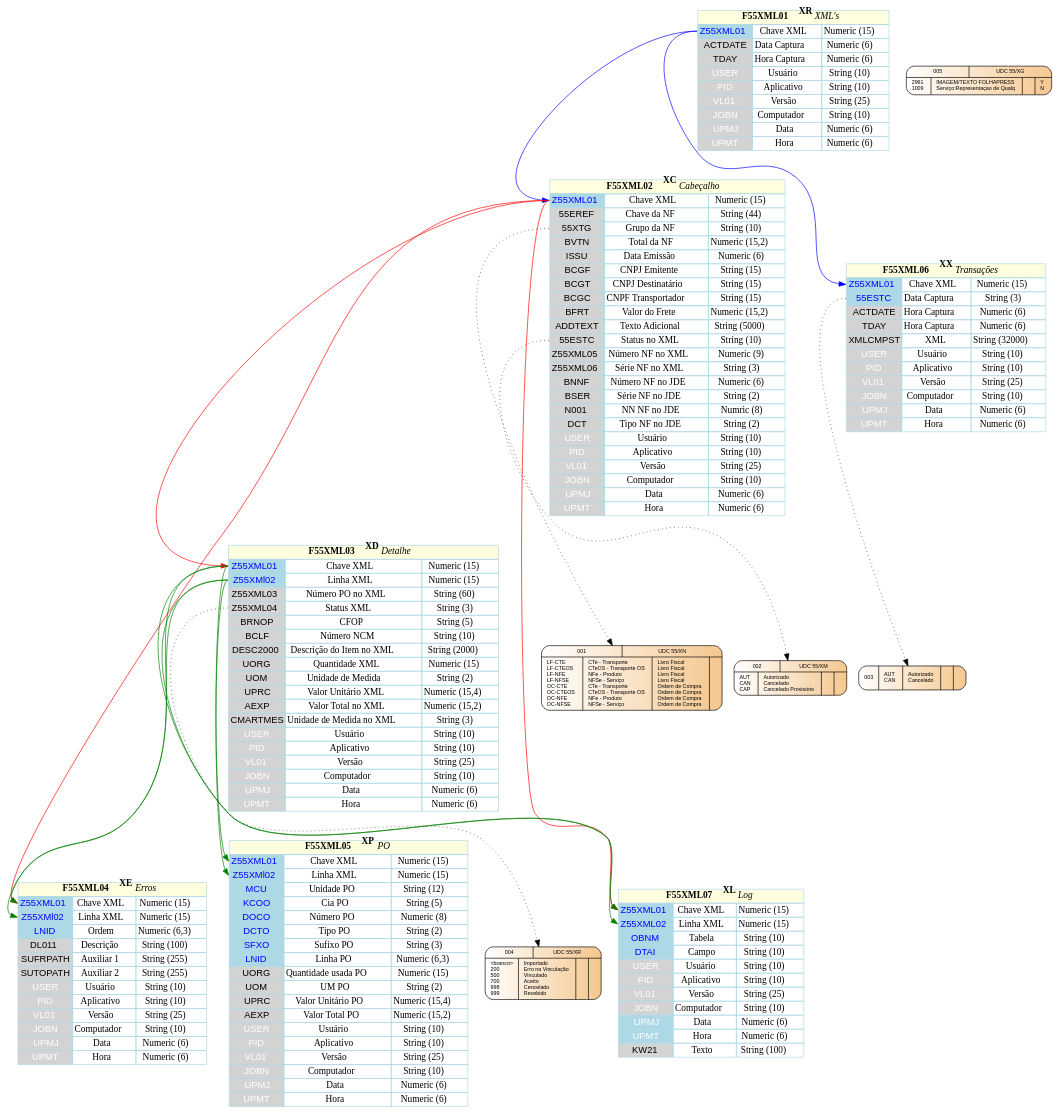
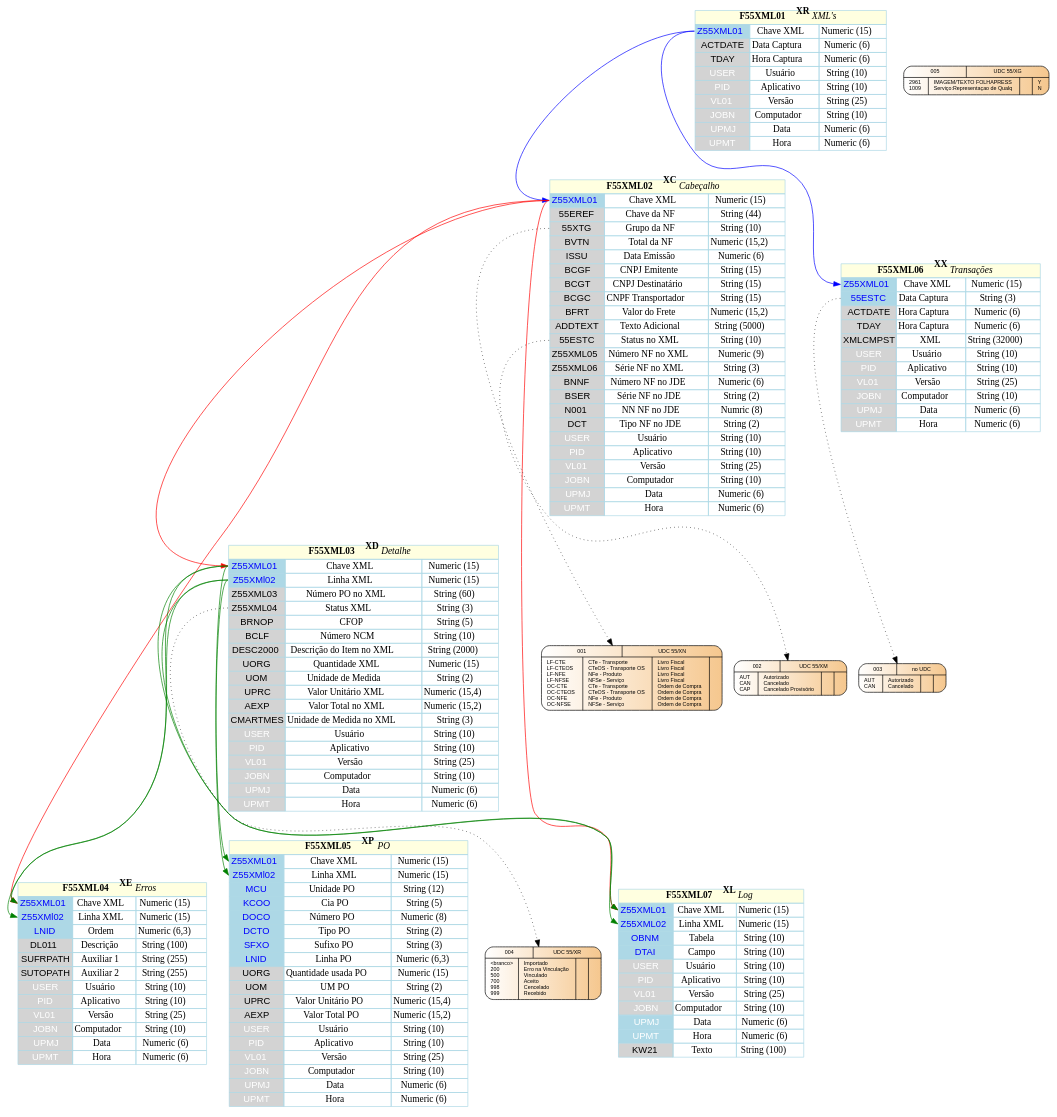
Before and after one commit to GiovaniPM/Graphs: the diagram in ER XML - novo.gv, drawn with Graphviz.

Commit message:
giova(NOTE-BL53M01) 200320091303

```diff
--- a/ER XML - novo.gv
+++ b/ER XML - novo.gv
@@ -214,11 +214,12 @@
     shape=record,
     style="rounded,filled",
     fillcolor="white:#f5c78e"
-    label="003|
+    label="{{003|
+           no UDC}|{
            AUT\l
            CAN\l|
            Autorizado\l
-           Cancelado\l||}"
+           Cancelado\l||}}"
   ]
 
   node004 [
```
